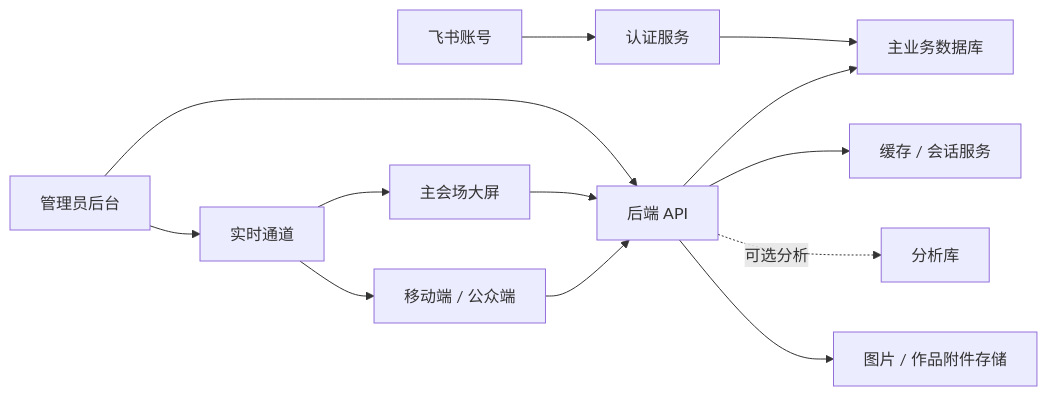
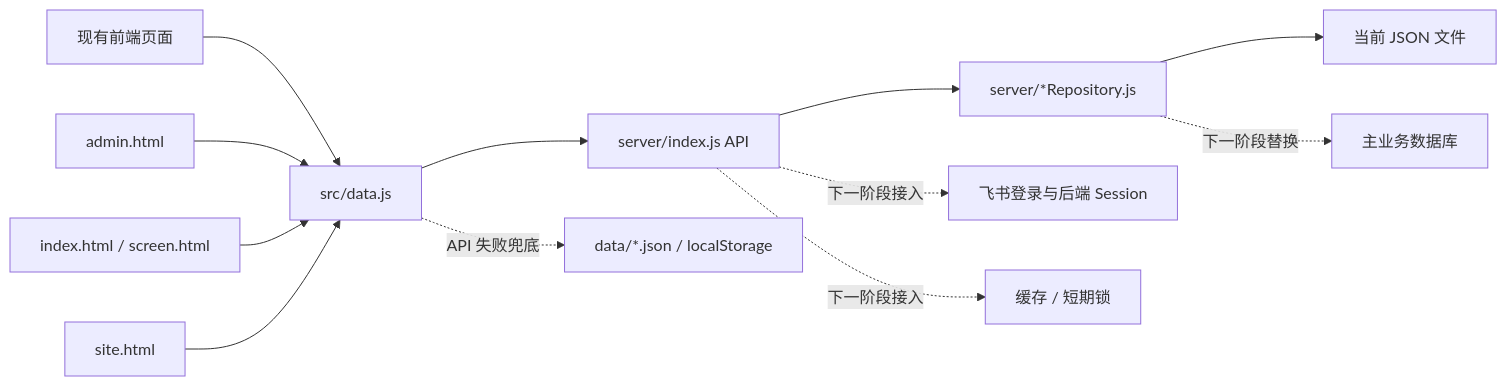
Before and after one commit to HellowJasper/ai-management-trainee-intro: the diagram in docs/管理后台与平台技术架构方案-v1.md, drawn with Mermaid. The commit also changed other lines of this file and 5 other files, not shown here.

````diff
--- a/docs/管理后台与平台技术架构方案-v1.md
+++ b/docs/管理后台与平台技术架构方案-v1.md
@@ -106,15 +181,14 @@
 ```mermaid
 flowchart LR
-  Feishu["飞书账号"] --> Auth["认证服务"]
-  Admin["管理员后台"] --> API["后端 API"]
-  Mobile["移动端 / 公众端"] --> API
-  Bigscreen["主会场大屏"] --> API
-  Admin --> WS["实时通道"]
-  WS --> Bigscreen
-  WS --> Mobile
-  API --> DB["主业务数据库"]
-  API --> Cache["缓存 / 会话服务"]
-  API -. 可选分析 .-> Analytics["分析库"]
-  API --> Storage["图片 / 作品附件存储"]
-  Auth --> DB
+  Browser["现有前端页面"] --> DataLayer["src/data.js"]
+  DataLayer --> API["server/index.js API"]
+  DataLayer -. API 失败兜底 .-> Local["data/*.json / localStorage"]
+  API --> Repos["server/*Repository.js"]
+  Repos --> JsonStore["当前 JSON 文件"]
+  Repos -. 下一阶段替换 .-> DB["主业务数据库"]
+  API -. 下一阶段接入 .-> Auth["飞书登录与后端 Session"]
+  API -. 下一阶段接入 .-> Cache["缓存 / 短期锁"]
+  Admin["admin.html"] --> DataLayer
+  Bigscreen["index.html / screen.html"] --> DataLayer
+  Mobile["site.html"] --> DataLayer
 ```
````
